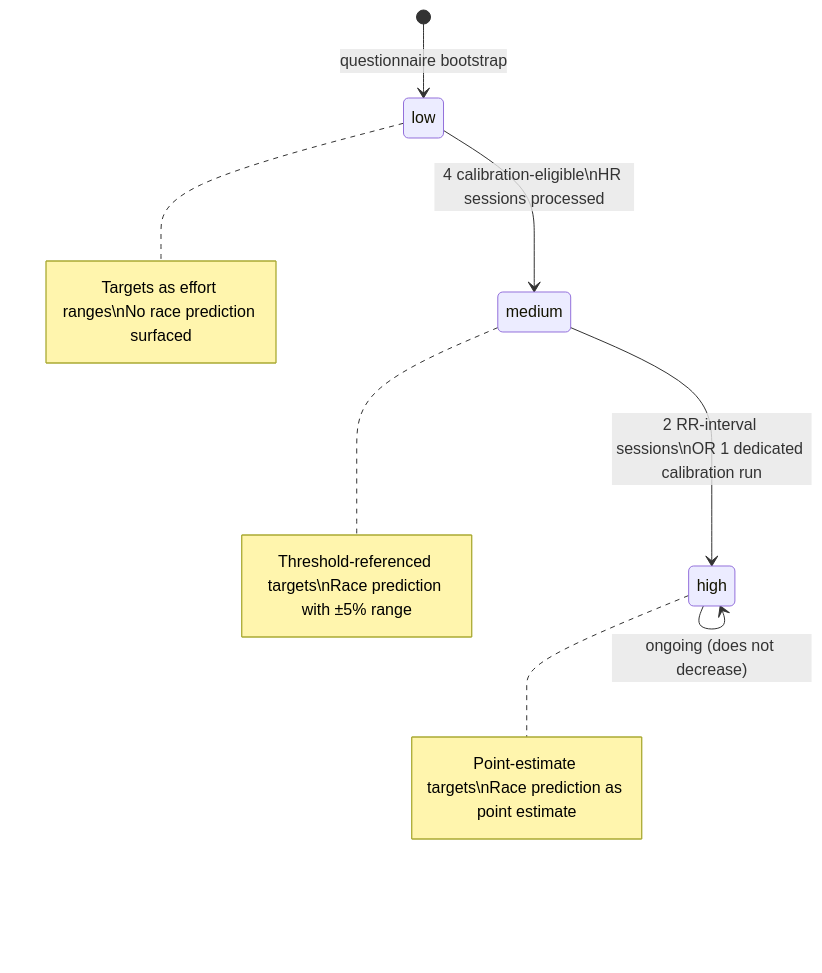
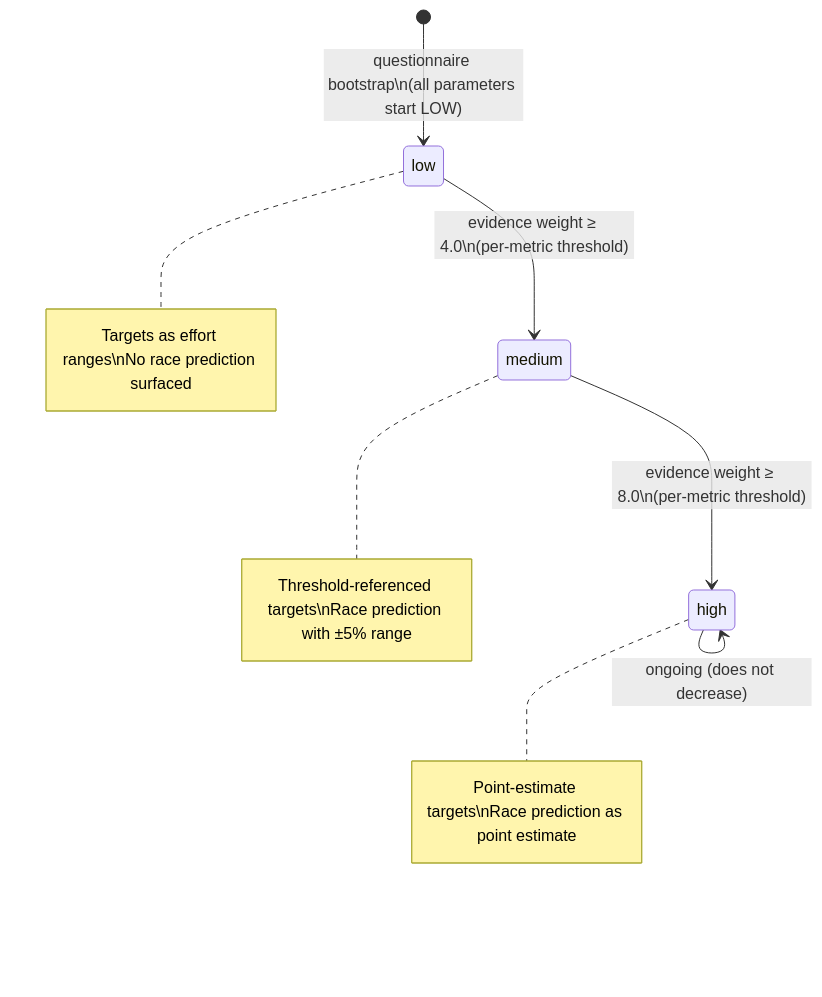
One commit to dromeas-developer/pheidipp-backend changed the diagram in docs/architecture/00-foundations/confidence-model.md. Above: the diagram before and after it, drawn with Mermaid. The commit also changed other lines of this file and 72 other files, not shown here.

Commit message:
architecture documenation update, including plan type definitions per goal-type

````diff
--- a/docs/architecture/00-foundations/confidence-model.md
+++ b/docs/architecture/00-foundations/confidence-model.md
@@ -39,10 +96,10 @@
 ```mermaid
 stateDiagram-v2
-    [*] --> low : questionnaire bootstrap
-    low --> medium : 4 calibration-eligible\nHR sessions processed
-    medium --> high : 2 RR-interval sessions\nOR 1 dedicated calibration run
+    [*] --> low : questionnaire bootstrap\n(all parameters start LOW)
+    low --> medium : evidence weight ≥ 4.0\n(per-metric threshold)
+    medium --> high : evidence weight ≥ 8.0\n(per-metric threshold)
     high --> high : ongoing (does not decrease)
     note right of low : Targets as effort ranges\nNo race prediction surfaced
     note right of medium : Threshold-referenced targets\nRace prediction with ±5% range
     note right of high : Point-estimate targets\nRace prediction as point estimate
 ```
````
